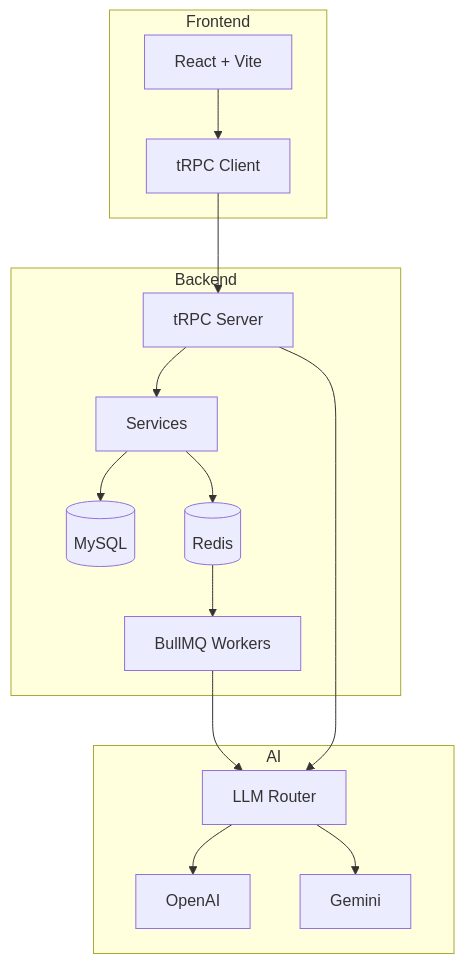
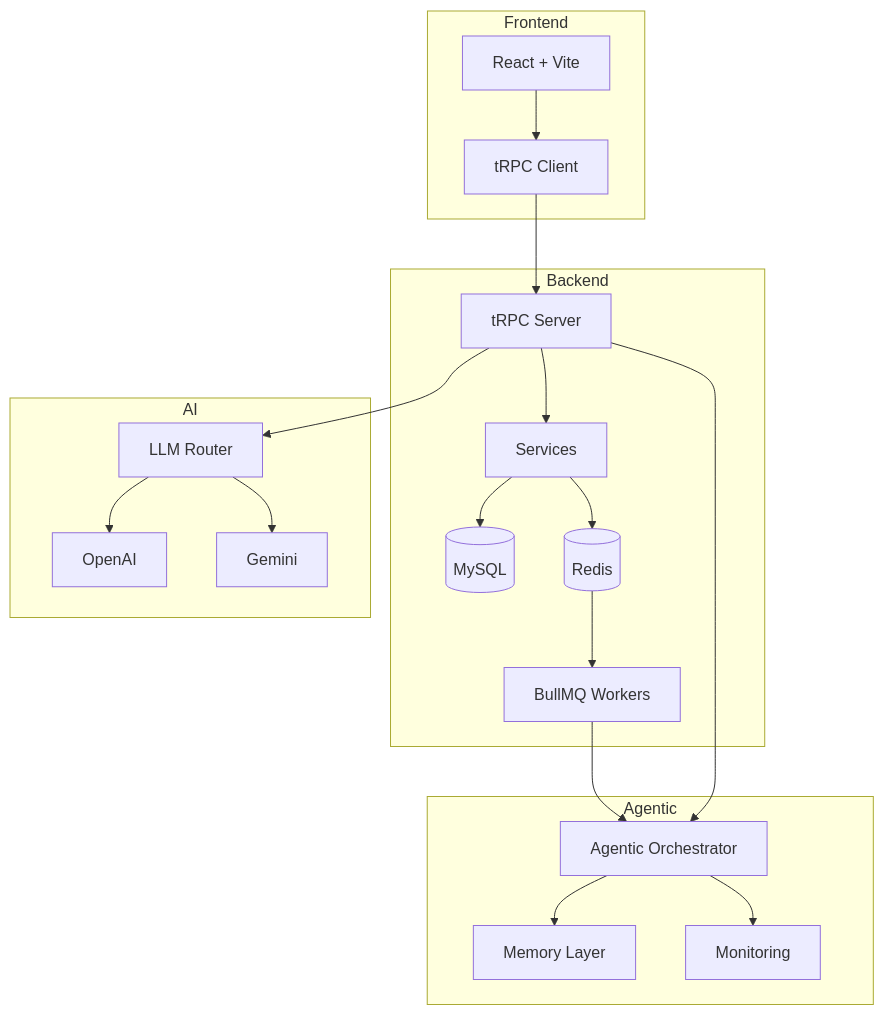
The diagram in README.md (Nexus-HUB57/MMN_AI-to-AI), drawn with Mermaid before and after one commit. The commit also changed other lines of this file, not shown here.

````diff
--- a/README.md
+++ b/README.md
@@ -174,22 +233,31 @@
 ```mermaid
 graph TB
     subgraph Frontend
         A[React + Vite] --> B[tRPC Client]
     end
 
     subgraph Backend
         B --> C[tRPC Server]
         C --> D[Services]
         D --> E[(MySQL)]
         D --> F[(Redis)]
         F --> G[BullMQ Workers]
     end
 
+    subgraph Agentic
+        H[Agentic Orchestrator]
+        I[Memory Layer]
+        J[Monitoring]
+        H --> I
+        H --> J
+    end
+
     subgraph AI
-        H[LLM Router] --> I[OpenAI]
-        H --> J[Gemini]
+        K[LLM Router] --> L[OpenAI]
+        K --> M[Gemini]
     end
 
     C --> H
     G --> H
+    C --> K
 ```
````
